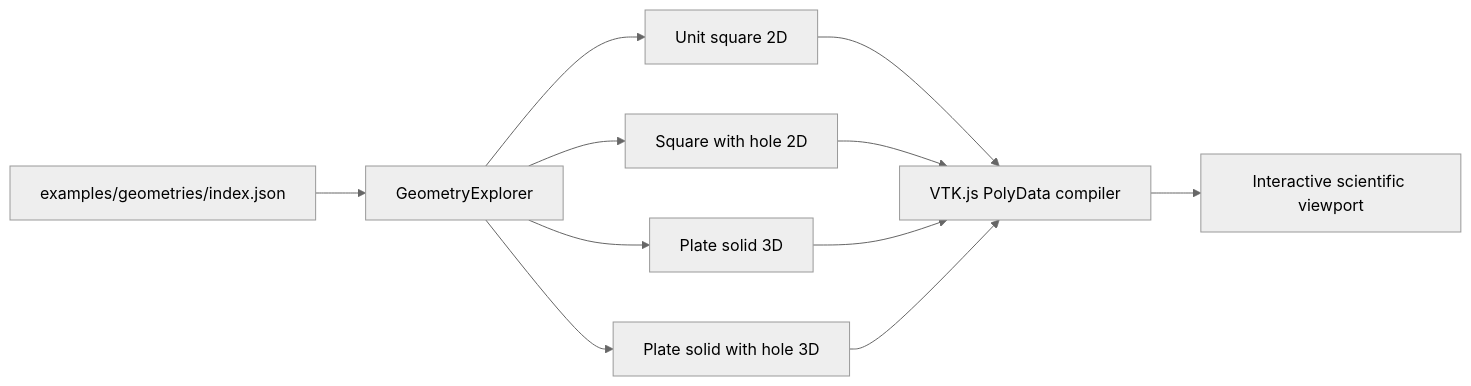
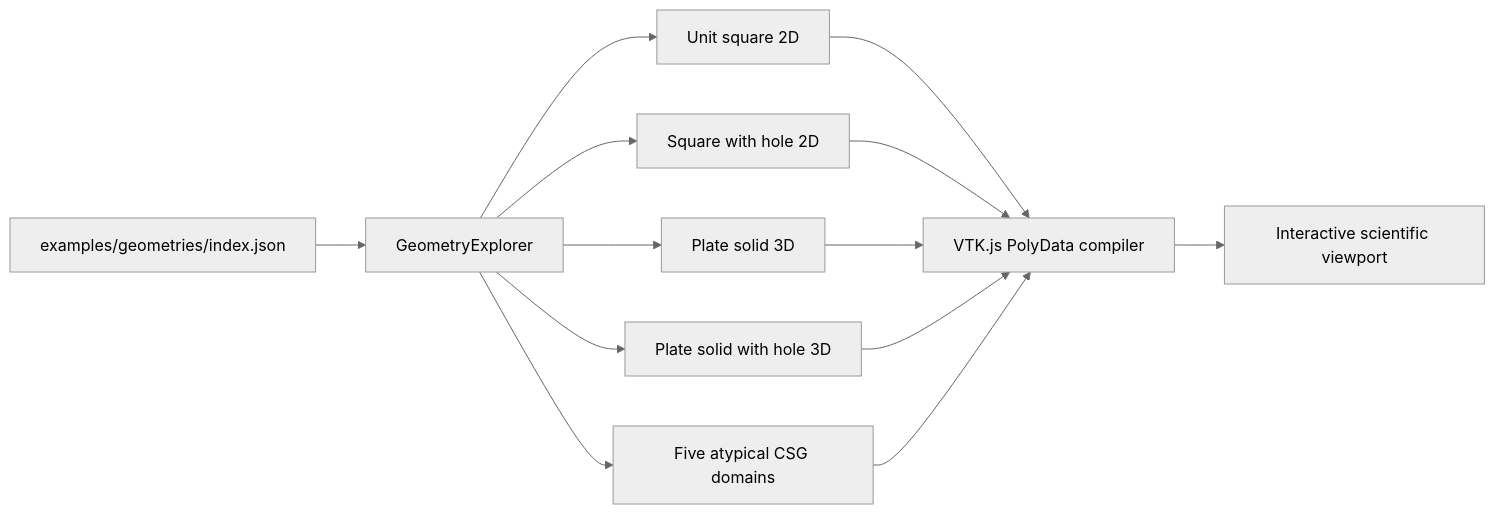
The eighth of 8 diagrams in web-ui/architecture.md (RadmirG/AES), drawn with Mermaid (neutral theme) before and after one commit. The commit also changed other lines of this file and 23 other files, not shown here.

````diff
--- a/web-ui/architecture.md
+++ b/web-ui/architecture.md
@@ -254,13 +254,15 @@
 ```mermaid
 flowchart LR
     A["examples/geometries/index.json"] --> B["GeometryExplorer"]
     B --> C["Unit square 2D"]
     B --> D["Square with hole 2D"]
     B --> E["Plate solid 3D"]
     B --> F["Plate solid with hole 3D"]
+    B --> X["Five atypical CSG domains"]
     C --> G["VTK.js PolyData compiler"]
     D --> G
     E --> G
     F --> G
+    X --> G
     G --> H["Interactive scientific viewport"]
 ```
````
